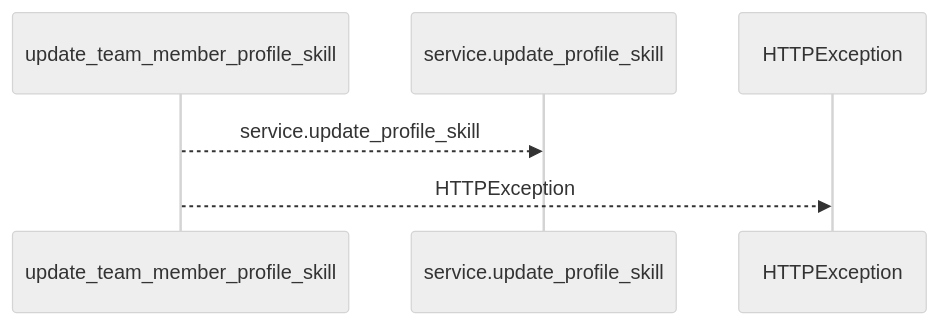
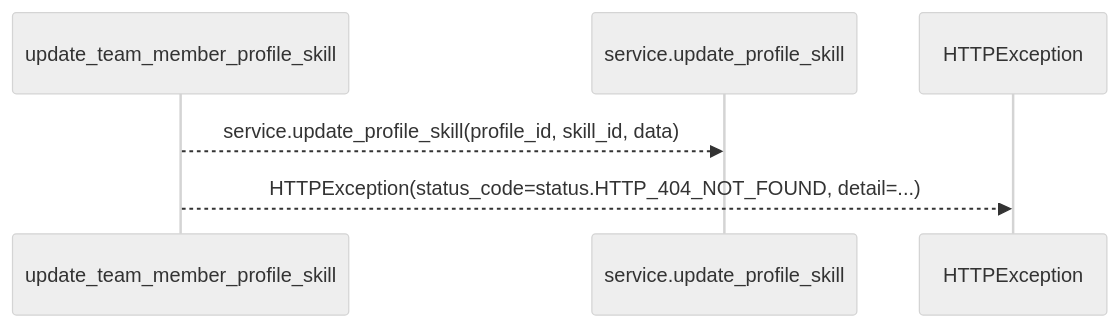
Before and after one commit to Denissvgn/WorkChord: the first of 2 diagrams in docs/llm_wiki/flows/http-update_team_member_profile_skill.md, drawn with Mermaid (neutral theme). The commit also changed other lines of this file and 25171 other files, not shown here.

````diff
--- a/docs/llm_wiki/flows/http-update_team_member_profile_skill.md
+++ b/docs/llm_wiki/flows/http-update_team_member_profile_skill.md
@@ -10,8 +12,8 @@
 ```mermaid
 sequenceDiagram
     participant p0 as update_team_member_profile_skill
     participant p1 as service.update_profile_skill
     participant p2 as HTTPException
-    p0-->>p1: service.update_profile_skill
-    p0-->>p2: HTTPException
+    p0-->>p1: service.update_profile_skill(profile_id, skill_id, data)
+    p0-->>p2: HTTPException(status_code=status.HTTP_404_NOT_FOUND, detail=...)
 ```
````
